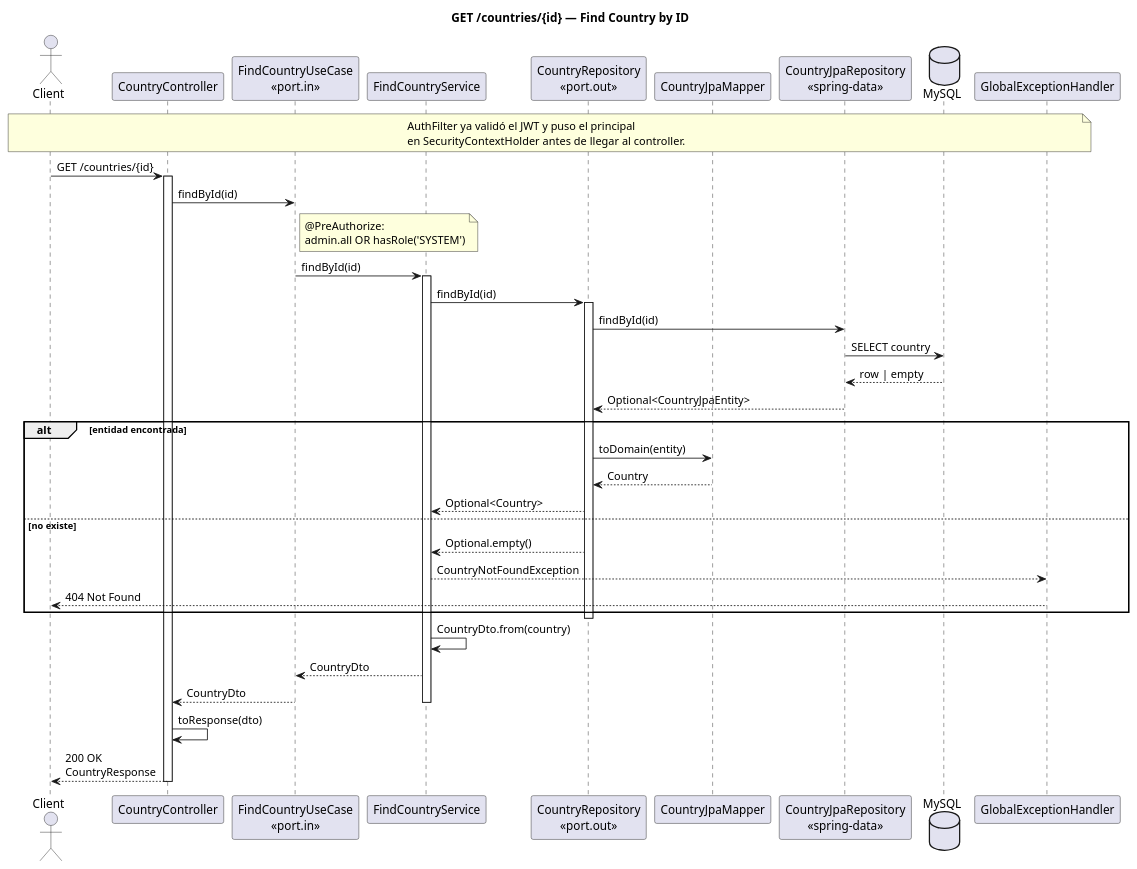
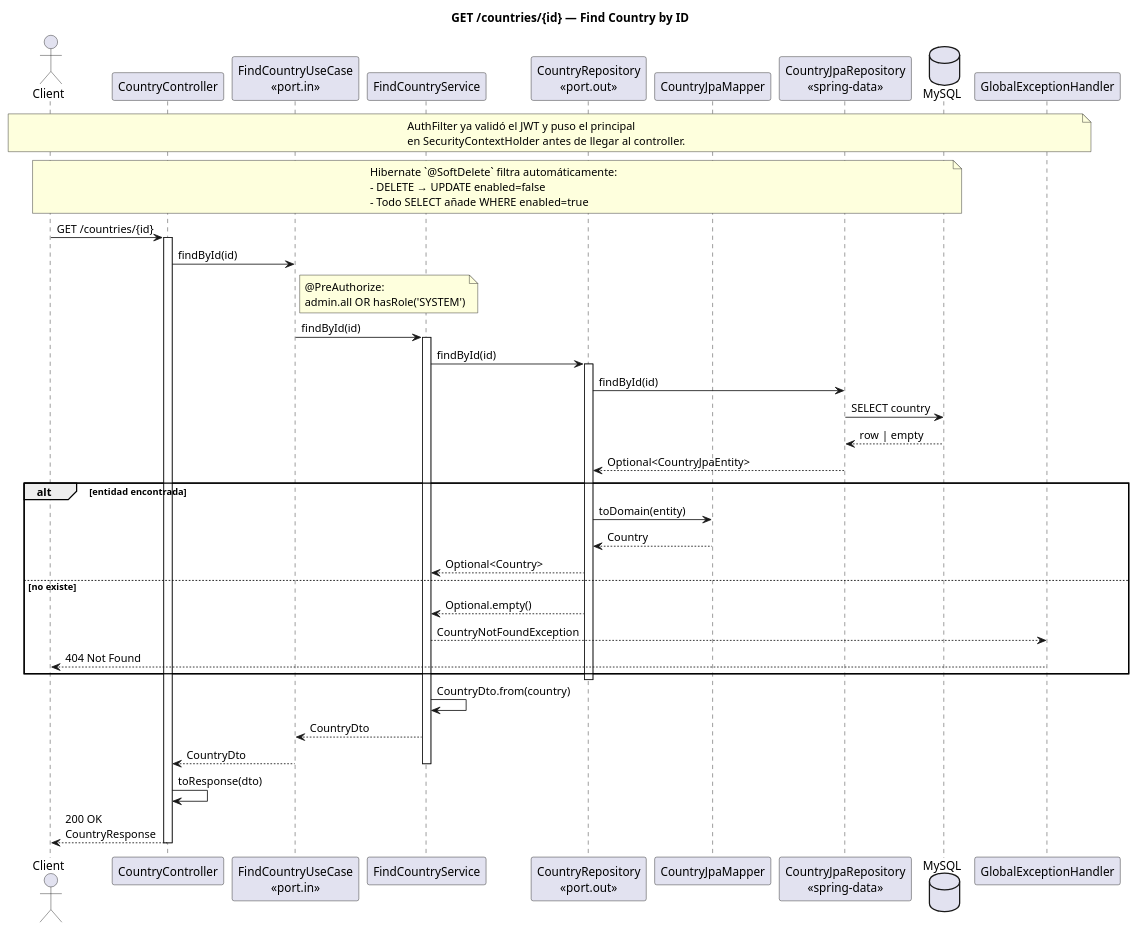
The diagram in uml/sequenceDiagram/country/find.puml (kefaroTech/vetsoftware-backend), drawn with PlantUML before and after one commit. The commit also changed 236 other files, not shown here.

First line of the commit message:
:memo: docs(uml): +enabled y @SoftDelete/RESTRICT en .puml

```diff
--- a/uml/sequenceDiagram/country/find.puml
+++ b/uml/sequenceDiagram/country/find.puml
@@ -1,57 +1,63 @@
 @startuml country_find
 title GET /countries/{id} — Find Country by ID
 
 actor Client
 participant "CountryController" as Controller
 participant "FindCountryUseCase\n<<port.in>>" as UseCase
 participant "FindCountryService" as Service
 participant "CountryRepository\n<<port.out>>" as Repo
 participant "CountryJpaMapper" as Mapper
 participant "CountryJpaRepository\n<<spring-data>>" as JpaRepo
 database "MySQL" as DB
 participant "GlobalExceptionHandler" as GEH
 
 note over Client, GEH
   AuthFilter ya validó el JWT y puso el principal
   en SecurityContextHolder antes de llegar al controller.
+end note
+
+note over Client, DB
+  Hibernate `@SoftDelete` filtra automáticamente:
+  - DELETE → UPDATE enabled=false
+  - Todo SELECT añade WHERE enabled=true
 end note
 
 Client -> Controller : GET /countries/{id}
 activate Controller
 
 Controller -> UseCase : findById(id)
 note right of UseCase
   @PreAuthorize:
   admin.all OR hasRole('SYSTEM')
 end note
 UseCase -> Service : findById(id)
 activate Service
 
 Service -> Repo : findById(id)
 activate Repo
 Repo -> JpaRepo : findById(id)
 JpaRepo -> DB : SELECT country
 DB --> JpaRepo : row | empty
 JpaRepo --> Repo : Optional<CountryJpaEntity>
 
 alt entidad encontrada
   Repo -> Mapper : toDomain(entity)
   Mapper --> Repo : Country
   Repo --> Service : Optional<Country>
 else no existe
   Repo --> Service : Optional.empty()
   Service --> GEH : CountryNotFoundException
   GEH --> Client : 404 Not Found
 end
 deactivate Repo
 
 Service -> Service : CountryDto.from(country)
 Service --> UseCase : CountryDto
 UseCase --> Controller : CountryDto
 deactivate Service
 
 Controller -> Controller : toResponse(dto)
 Controller --> Client : 200 OK\nCountryResponse
 deactivate Controller
 
 @enduml
```
